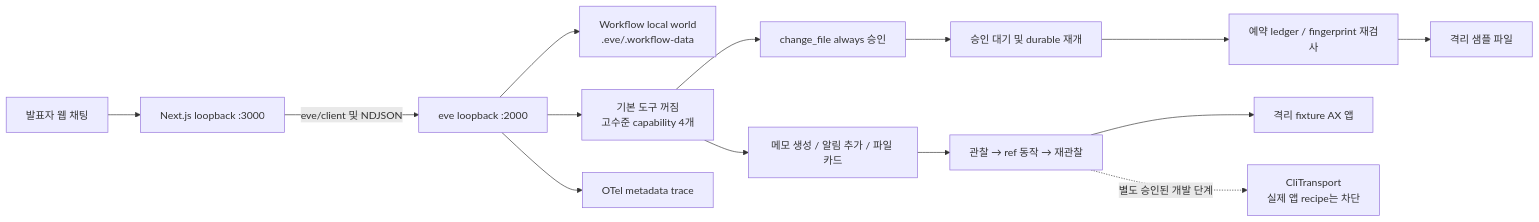
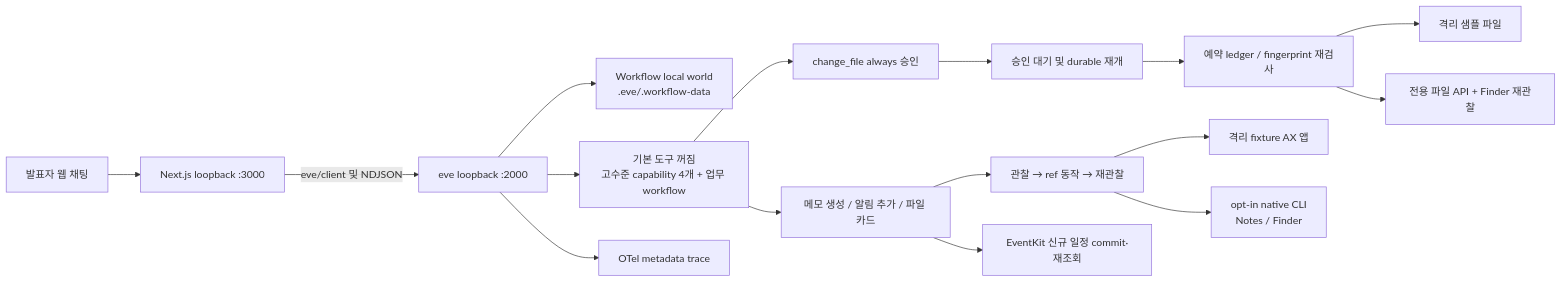
One commit to Kairose-master/no-touch-macos-assistant changed the diagram in docs/architecture.md. Above: the diagram before and after it, drawn with Mermaid. The commit also changed other lines of this file and 60 other files, not shown here.

````diff
--- a/docs/architecture.md
+++ b/docs/architecture.md
@@ -3,16 +3,18 @@
 ```mermaid
 flowchart LR
   U[발표자 웹 채팅] --> N[Next.js loopback :3000]
   N -->|eve/client 및 NDJSON| E[eve loopback :2000]
   E --> W[Workflow local world\n.eve/.workflow-data]
-  E --> P[기본 도구 꺼짐\n고수준 capability 4개]
+  E --> P[기본 도구 꺼짐\n고수준 capability 4개 + 업무 workflow]
   P --> C[메모 생성 / 알림 추가 / 파일 카드]
   P --> A[change_file always 승인]
   A --> H[승인 대기 및 durable 재개]
   H --> L[예약 ledger / fingerprint 재검사]
   C --> D[관찰 → ref 동작 → 재관찰]
   D --> F[격리 fixture AX 앱]
   L --> S[격리 샘플 파일]
   E --> T[OTel metadata trace]
-  D -.별도 승인된 개발 단계.-> X[CliTransport\n실제 앱 recipe는 차단]
+  D --> X[opt-in native CLI\nNotes / Finder]
+  C --> K[EventKit 신규 일정 commit·재조회]
+  L --> S2[전용 파일 API + Finder 재관찰]
 ```
````
